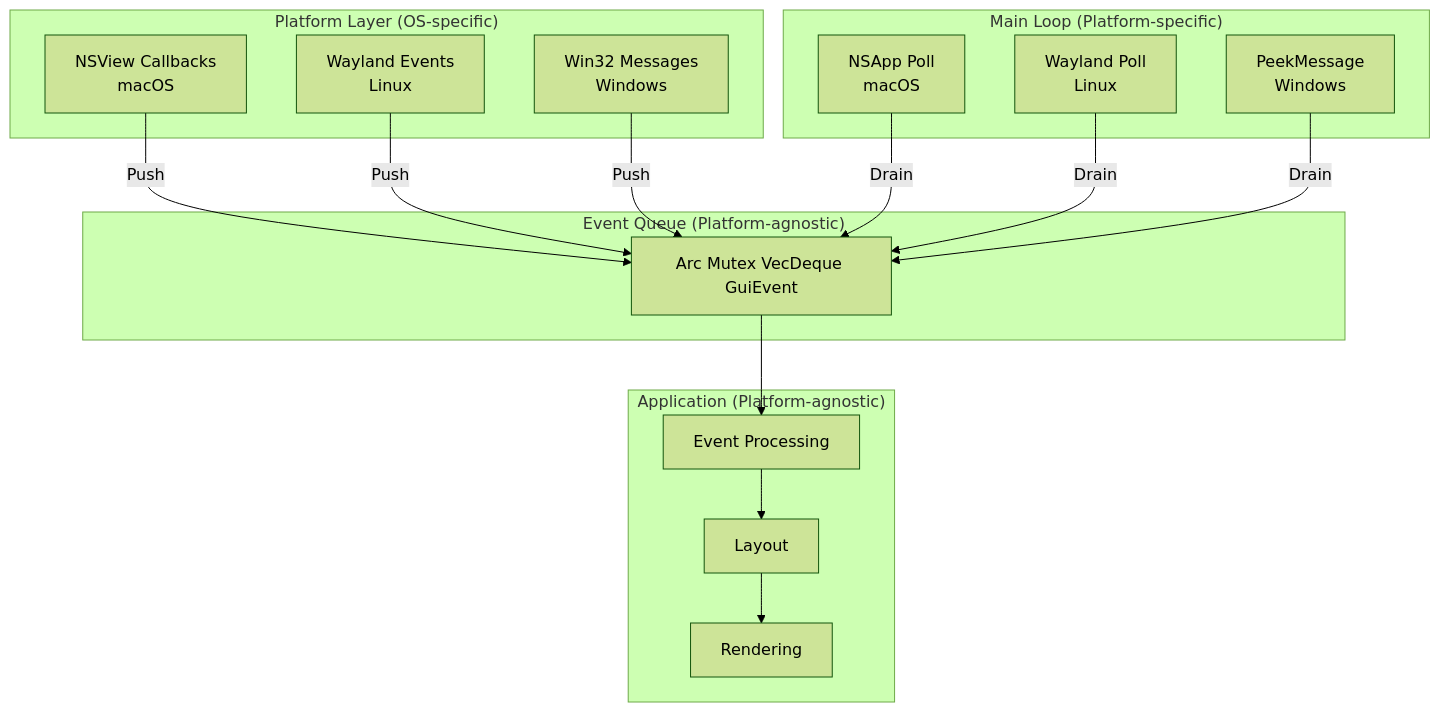
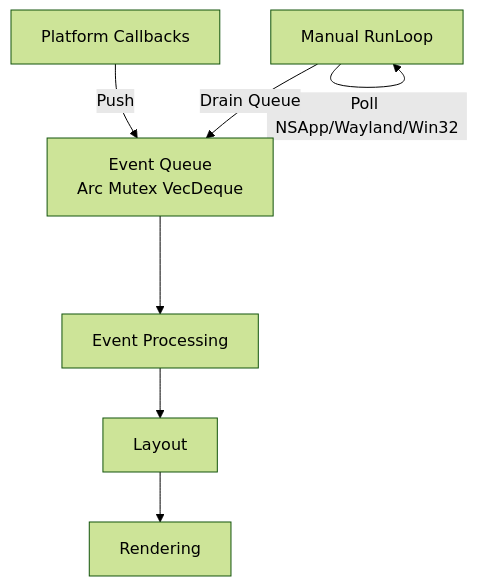
One commit to shi-yan/AssortedWidgets changed the first of 2 diagrams in ARCHITECTURE.md. Above: the diagram before and after it, drawn with Mermaid (forest theme). The commit also changed other lines of this file and 4 other files, not shown here.

````diff
--- a/ARCHITECTURE.md
+++ b/ARCHITECTURE.md
@@ -75,36 +40,9 @@
 ```mermaid
 graph TB
-    subgraph "Platform Layer (OS-specific)"
-        A[NSView Callbacks<br/>macOS]
-        B[Wayland Events<br/>Linux]
-        C[Win32 Messages<br/>Windows]
-    end
-
-    subgraph "Event Queue (Platform-agnostic)"
-        D[Arc Mutex VecDeque GuiEvent]
-    end
-
-    subgraph "Main Loop (Platform-specific)"
-        E[NSApp Poll<br/>macOS]
-        F[Wayland Poll<br/>Linux]
-        G[PeekMessage<br/>Windows]
-    end
-
-    subgraph "Application (Platform-agnostic)"
-        H[Event Processing]
-        I[Layout]
-        J[Rendering]
-    end
-
-    A -->|Push| D
-    B -->|Push| D
-    C -->|Push| D
-
-    E -->|Drain| D
-    F -->|Drain| D
-    G -->|Drain| D
-
-    D --> H
-    H --> I
-    I --> J
+    A[Platform Callbacks] -->|Push| B[Event Queue<br/>Arc Mutex VecDeque]
+    C[Manual RunLoop] -->|Poll NSApp/Wayland/Win32| C
+    C -->|Drain Queue| B
+    B --> D[Event Processing]
+    D --> E[Layout]
+    E --> F[Rendering]
 ```
````
